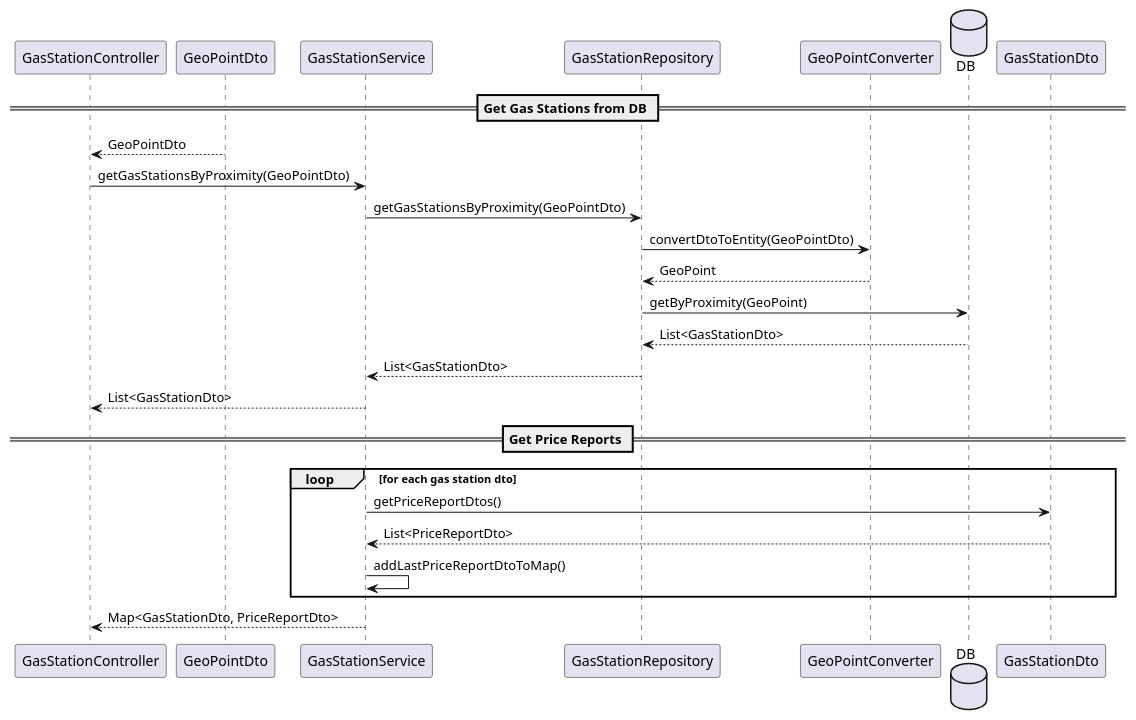
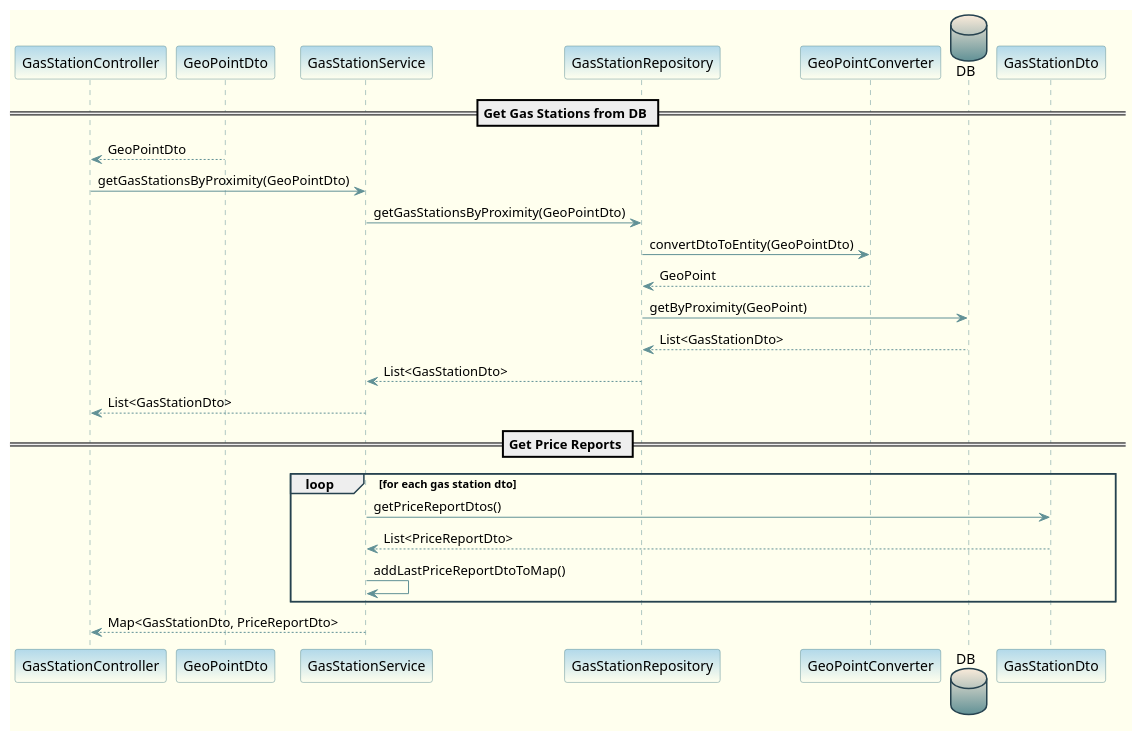
One commit to e-caste/SoftEng-EZGas changed the ninth of 9 diagrams in docs/DesignDocument.md. Above: the diagram before and after it, drawn with PlantUML. The commit also changed other lines of this file and 1 other file, not shown here.

Commit message:
Graphical Aspects + Class types

````diff
--- a/docs/DesignDocument.md
+++ b/docs/DesignDocument.md
@@ -778,28 +899,41 @@
 ```plantuml
 @startuml
+skinparam backgroundcolor #FFFFEE
+skinparam database {
+    BackgroundColor #FAEBDA-619196
+    ArrowColor #26424F
+    BorderColor #26424F
+}
+skinparam sequence{
+    LifeLineBorderColor #619196
+    ParticipantBorderColor #619196
+    ParticipantBackgroundColor #B2D9EA-FFFFEE
+    ArrowColor #619196
+}
+skinparam sequenceGroupBorderColor #26424F
 
 ' TODO: use GeoPoint instead of 2 doubles for coordinates
 
 == Get Gas Stations from DB ==
 GasStationController <-- GeoPointDto: GeoPointDto
 GasStationController -> GasStationService: getGasStationsByProximity(GeoPointDto)
 GasStationService -> GasStationRepository: getGasStationsByProximity(GeoPointDto)
 GasStationRepository -> GeoPointConverter: convertDtoToEntity(GeoPointDto)
 GeoPointConverter --> GasStationRepository: GeoPoint
 database DB
 GasStationRepository -> DB: getByProximity(GeoPoint)
 DB --> GasStationRepository: List<GasStationDto>
 GasStationRepository --> GasStationService: List<GasStationDto>
 GasStationService --> GasStationController: List<GasStationDto>
 
 ' TODO: understand if we can stop here, or we need another specialized method to get the Map
 == Get Price Reports ==
 loop for each gas station dto
     GasStationService -> GasStationDto: getPriceReportDtos()
     GasStationDto --> GasStationService: List<PriceReportDto>
     GasStationService -> GasStationService: addLastPriceReportDtoToMap()
 end
 GasStationService --> GasStationController: Map<GasStationDto, PriceReportDto>
 
 @enduml
 ```
````
